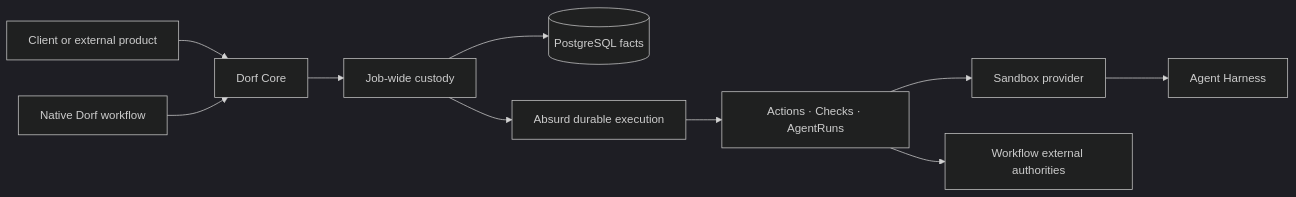
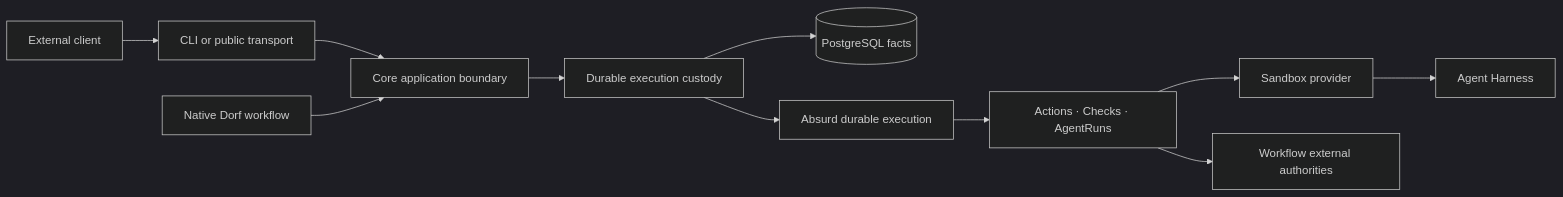
The diagram in docs/project/architecture.md (aphronio/dorf), drawn with Mermaid (dark theme) before and after one commit. The commit also changed other lines of this file and 5 other files, not shown here.

Commit message:
docs(architecture): define deployed control-plane boundary

````diff
--- a/docs/project/architecture.md
+++ b/docs/project/architecture.md
@@ -23,12 +11,13 @@
 ```mermaid
 flowchart LR
-    Client["Client or external product"] --> Core["Dorf Core"]
+    Client["External client"] --> Transport["CLI or public transport"]
+    Transport --> Core["Core application boundary"]
     Workflow["Native Dorf workflow"] --> Core
-    Core --> Custody["Job-wide custody"]
+    Core --> Custody["Durable execution custody"]
     Custody --> PG[("PostgreSQL facts")]
     Custody --> Absurd["Absurd durable execution"]
     Absurd --> Edge["Actions · Checks · AgentRuns"]
     Edge --> Sandbox["Sandbox provider"]
     Edge --> External["Workflow external authorities"]
     Sandbox --> Harness["Agent Harness"]
 ```
````
